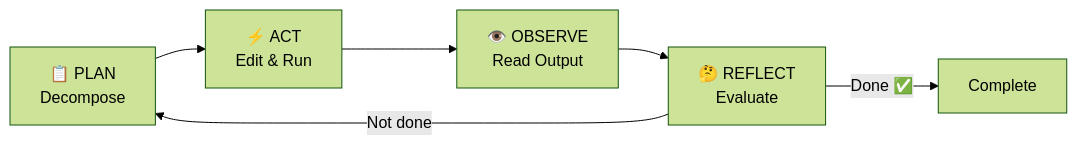
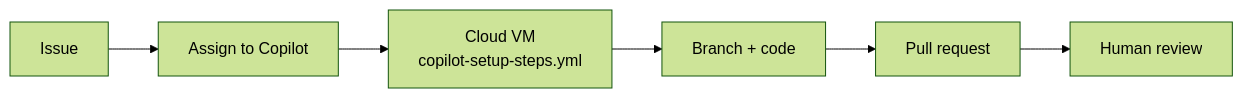
Before and after one commit to tammym-demos/ghcp-agentic-hack: the second of 4 diagrams in workshops/copilot-dev-agentic/copilot-dev-agentic.slidev.md, drawn with Mermaid (forest theme). The commit also changed other lines of this file and 20 other files, not shown here.

````diff
--- a/workshops/copilot-dev-agentic/copilot-dev-agentic.slidev.md
+++ b/workshops/copilot-dev-agentic/copilot-dev-agentic.slidev.md
@@ -205,8 +222,8 @@
-```mermaid {scale: 0.5}
+```mermaid {scale: 0.65}
 graph LR
-    A["📋 PLAN<br/>Decompose"] --> B["⚡ ACT<br/>Edit & Run"]
-    B --> C["👁️ OBSERVE<br/>Read Output"]
-    C --> D["🤔 REFLECT<br/>Evaluate"]
-    D -->|"Not done"| A
-    D -->|"Done ✅"| E["Complete"]
+    A["Issue"] --> B["Assign to Copilot"]
+    B --> C["Cloud VM<br/>copilot-setup-steps.yml"]
+    C --> D["Branch + code"]
+    D --> E["Pull request"]
+    E --> F["Human review"]
 ```
````
